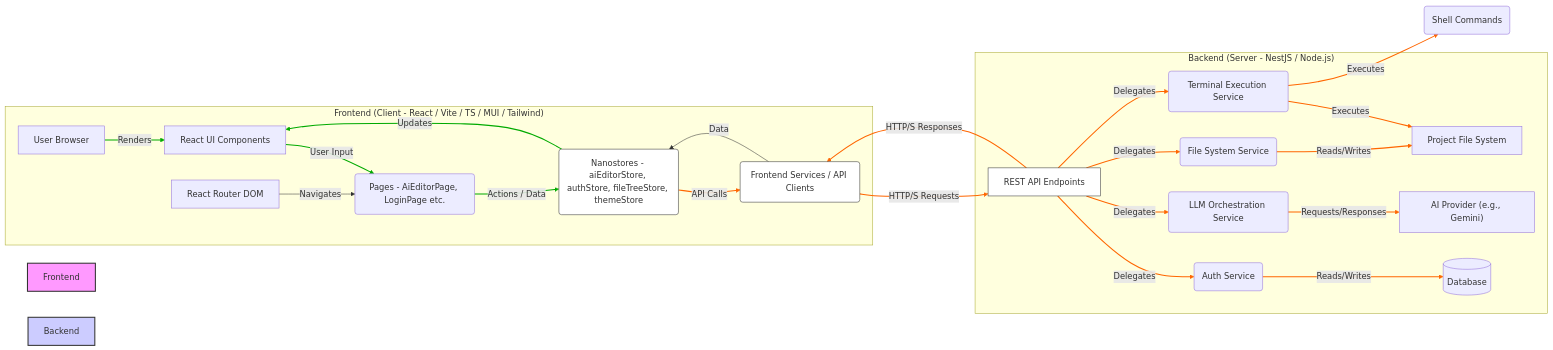
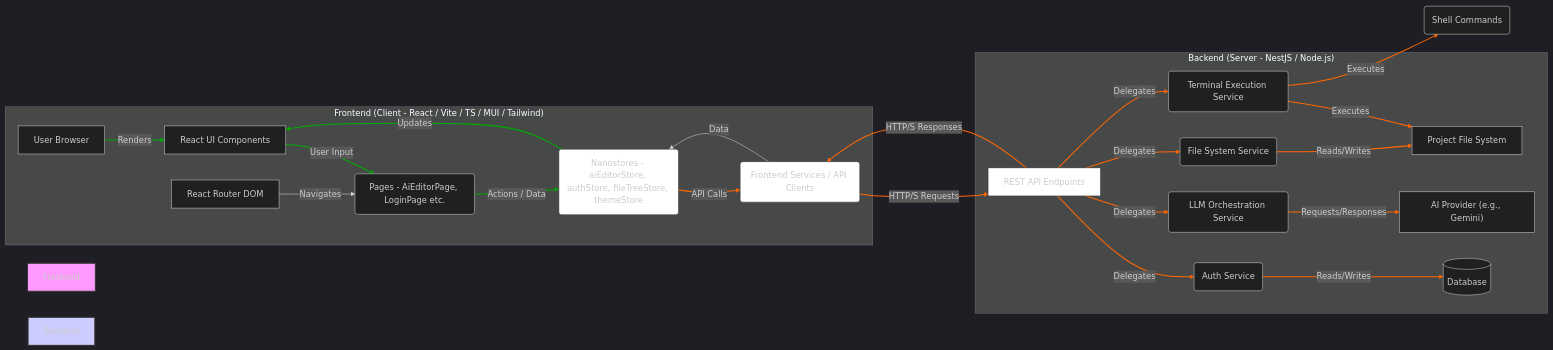
The diagram in README.md (evillan0315/ai-editor-front), drawn with Mermaid before and after one commit. The commit also changed 1 other file, not shown here.

Commit message:
docs: update mermaid diagrams for dark theme compatibility

````diff
--- a/README.md
+++ b/README.md
@@ -53,63 +53,64 @@
 ```mermaid
+%%{init: {'theme': 'dark'}}%%
 graph LR
     subgraph "Frontend (Client - React / Vite / TS / MUI / Tailwind)"
         Browser[User Browser]
         UI[React UI Components]
         Pages(Pages - AiEditorPage, LoginPage etc.)
         State(Nanostores - aiEditorStore, authStore, fileTreeStore, themeStore)
         Services(Frontend Services / API Clients)
         Router[React Router DOM]
     end
 
     subgraph "Backend (Server - NestJS / Node.js)"
         API[REST API Endpoints]
         Auth(Auth Service)
         LLM(LLM Orchestration Service)
         File(File System Service)
         Terminal(Terminal Execution Service)
         DB[(Database)]
         AI_Provider[AI Provider &lpar;e.g., Gemini&rpar;]
         FS[Project File System]
     end
 
     Browser -- Renders --> UI
     UI -- User Input --> Pages
     Pages -- Actions / Data --> State
     State -- Updates --> UI
     State -- API Calls --> Services
     Services -- HTTP/S Requests --> API
     API -- Delegates --> Auth
     API -- Delegates --> LLM
     API -- Delegates --> File
     API -- Delegates --> Terminal
     Auth -- Reads/Writes --> DB
     LLM -- Requests/Responses --> AI_Provider
     File -- Reads/Writes --> FS
     Terminal -- Executes --> FS
     Terminal -- Executes --> Shell(Shell Commands)
     API -- HTTP/S Responses --> Services
     Services -- Data --> State
     Router -- Navigates --> Pages
 
     style Frontend fill:#f9f,stroke:#333,stroke-width:2px
     style Backend fill:#ccf,stroke:#333,stroke-width:2px
     style State fill:#fff,stroke:#333,stroke-width:1px
     style Services fill:#fff,stroke:#333,stroke-width:1px
     style API fill:#fff,stroke:#333,stroke-width:1px
     linkStyle 0 stroke:#0a0,stroke-width:2px;
     linkStyle 1 stroke:#0a0,stroke-width:2px;
     linkStyle 2 stroke:#0a0,stroke-width:2px;
     linkStyle 3 stroke:#0a0,stroke-width:2px;
     linkStyle 4 stroke:#f60,stroke-width:2px;
     linkStyle 5 stroke:#f60,stroke-width:2px;
     linkStyle 6 stroke:#f60,stroke-width:2px;
     linkStyle 7 stroke:#f60,stroke-width:2px;
     linkStyle 8 stroke:#f60,stroke-width:2px;
     linkStyle 9 stroke:#f60,stroke-width:2px;
     linkStyle 10 stroke:#f60,stroke-width:2px;
     linkStyle 11 stroke:#f60,stroke-width:2px;
     linkStyle 12 stroke:#f60,stroke-width:2px;
     linkStyle 13 stroke:#f60,stroke-width:2px;
     linkStyle 14 stroke:#f60,stroke-width:2px;
     linkStyle 15 stroke:#f60,stroke-width:2px;
 ```
````
